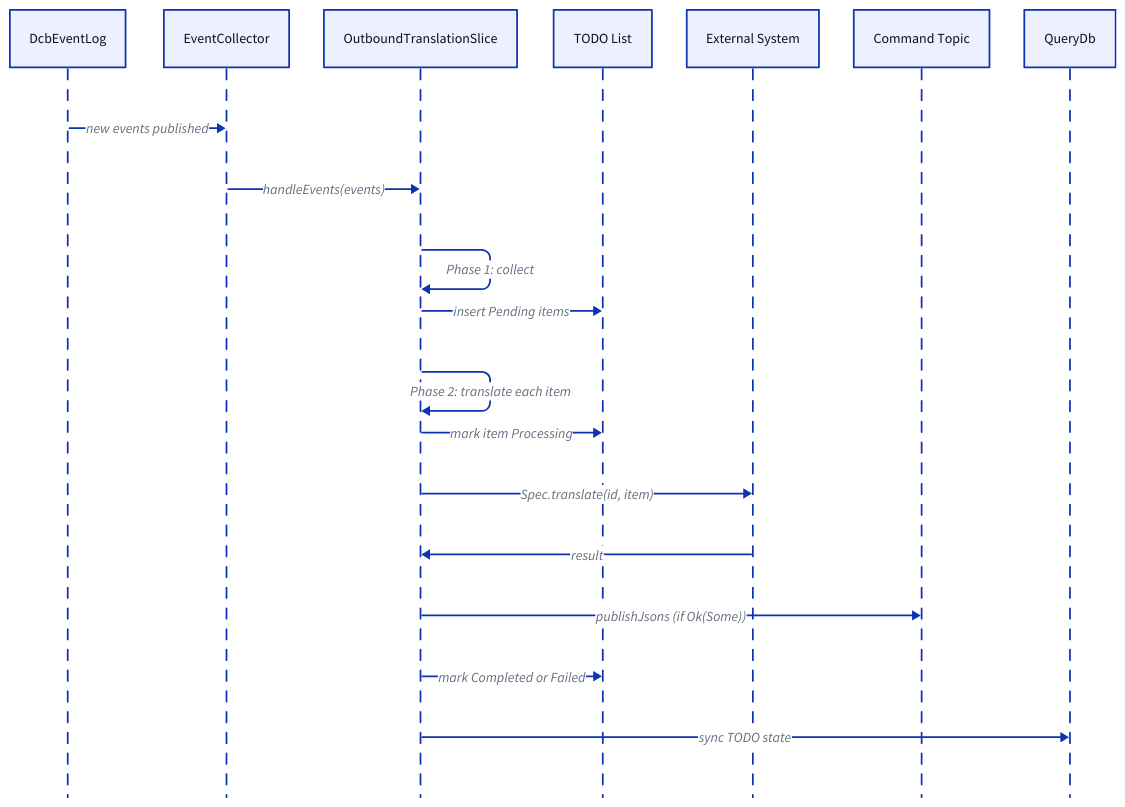
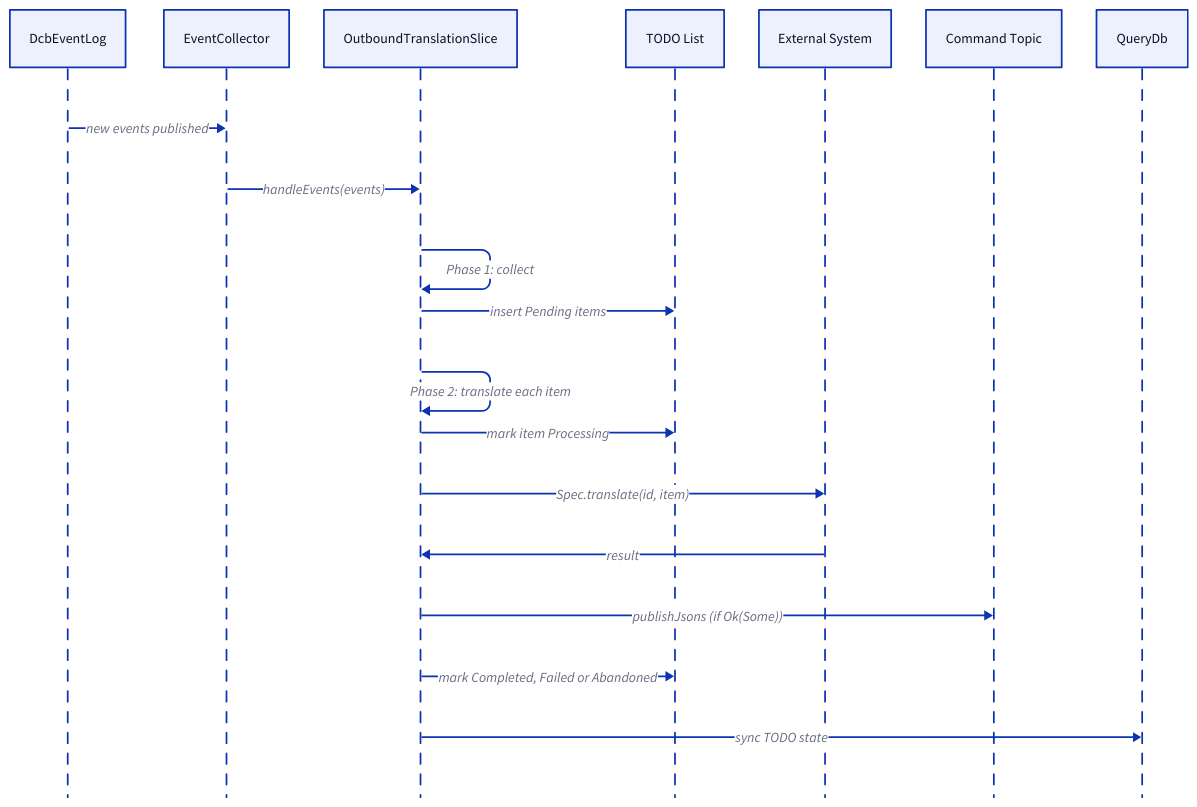
Before and after one commit to ReventlessDev/reventless-core: the second of 3 diagrams in packages/doc/docs-app/components/outboundtranslationslice.md, drawn with D2. The commit also changed other lines of this file and 32 other files, not shown here.

````diff
--- a/packages/doc/docs-app/components/outboundtranslationslice.md
+++ b/packages/doc/docs-app/components/outboundtranslationslice.md
@@ -359,23 +383,23 @@
 ```d2
 shape: sequence_diagram
 
 DcbEventLog: DcbEventLog { class: dcb-event-log }
 EventCollector: EventCollector { class: event-collector }
 OutboundSlice: OutboundTranslationSlice { class: automation-slice }
 TodoList: TODO List
 External: External System { class: external-system }
 CommandTopic: Command Topic { class: command-topic }
 QueryDb: QueryDb { class: query-db }
 
 DcbEventLog -> EventCollector: new events published
 EventCollector -> OutboundSlice: "handleEvents(events)"
 OutboundSlice -> OutboundSlice: Phase 1: collect
 OutboundSlice -> TodoList: insert Pending items
 OutboundSlice -> OutboundSlice: Phase 2: translate each item
 OutboundSlice -> TodoList: mark item Processing
 OutboundSlice -> External: "Spec.translate(id, item)"
 External -> OutboundSlice: result
 OutboundSlice -> CommandTopic: "publishJsons (if Ok(Some))" { class: command-flow }
-OutboundSlice -> TodoList: mark Completed or Failed
+OutboundSlice -> TodoList: mark Completed, Failed or Abandoned
 OutboundSlice -> QueryDb: sync TODO state
 ```
````
